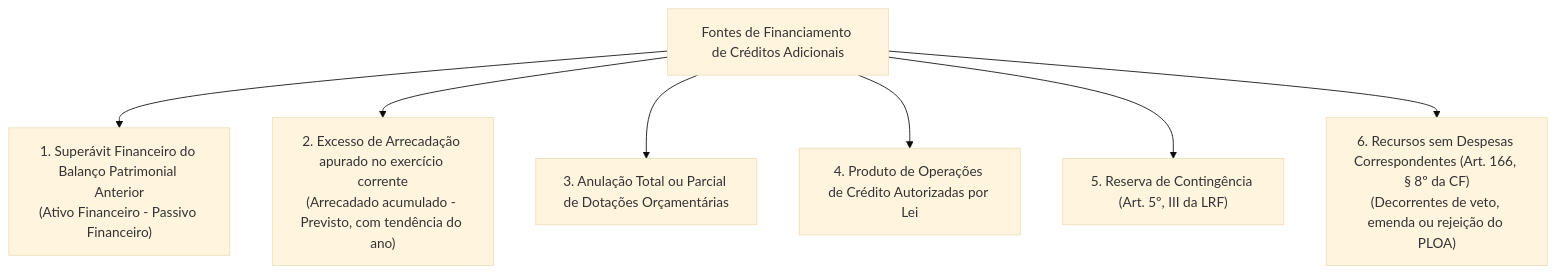
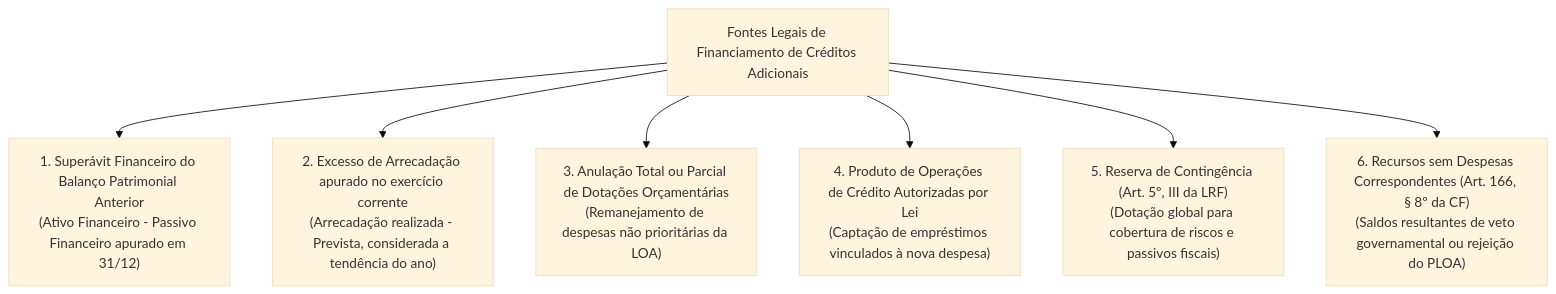
The second of 3 diagrams in fontes_de_estudo/conhecimentos_especificos_a01_tecnico_administrativo/19_nocoes_de_administracao_financeira_e_orcamentaria/04_creditos_adicionais_e_divida_publica.md (thiagosantos346/TCE-GO-2027), drawn with Mermaid (base theme) before and after one commit. The commit also changed other lines of this file and 119 other files, not shown here.

````diff
--- a/fontes_de_estudo/conhecimentos_especificos_a01_tecnico_administrativo/19_nocoes_de_administracao_financeira_e_orcamentaria/04_creditos_adicionais_e_divida_publica.md
+++ b/fontes_de_estudo/conhecimentos_especificos_a01_tecnico_administrativo/19_nocoes_de_administracao_financeira_e_orcamentaria/04_creditos_adicionais_e_divida_publica.md
@@ -125,10 +118,10 @@
 ```mermaid
 flowchart TD
-    Fontes["Fontes de Financiamento de Créditos Adicionais"]
-    Fontes --> F1["1. Superávit Financeiro do Balanço Patrimonial Anterior<br/>(Ativo Financeiro - Passivo Financeiro)"]
-    Fontes --> F2["2. Excesso de Arrecadação apurado no exercício corrente<br/>(Arrecadado acumulado - Previsto, com tendência do ano)"]
-    Fontes --> F3["3. Anulação Total ou Parcial de Dotações Orçamentárias"]
-    Fontes --> F4["4. Produto de Operações de Crédito Autorizadas por Lei"]
-    Fontes --> F5["5. Reserva de Contingência (Art. 5º, III da LRF)"]
-    Fontes --> F6["6. Recursos sem Despesas Correspondentes (Art. 166, § 8º da CF)<br/>(Decorrentes de veto, emenda ou rejeição do PLOA)"]
+    Fontes["Fontes Legais de Financiamento de Créditos Adicionais"]
+    Fontes --> F1["1. Superávit Financeiro do Balanço Patrimonial Anterior<br/>(Ativo Financeiro - Passivo Financeiro apurado em 31/12)"]
+    Fontes --> F2["2. Excesso de Arrecadação apurado no exercício corrente<br/>(Arrecadação realizada - Prevista, considerada a tendência do ano)"]
+    Fontes --> F3["3. Anulação Total ou Parcial de Dotações Orçamentárias<br/>(Remanejamento de despesas não prioritárias da LOA)"]
+    Fontes --> F4["4. Produto de Operações de Crédito Autorizadas por Lei<br/>(Captação de empréstimos vinculados à nova despesa)"]
+    Fontes --> F5["5. Reserva de Contingência (Art. 5º, III da LRF)<br/>(Dotação global para cobertura de riscos e passivos fiscais)"]
+    Fontes --> F6["6. Recursos sem Despesas Correspondentes (Art. 166, § 8º da CF)<br/>(Saldos resultantes de veto governamental ou rejeição do PLOA)"]
 ```
````
